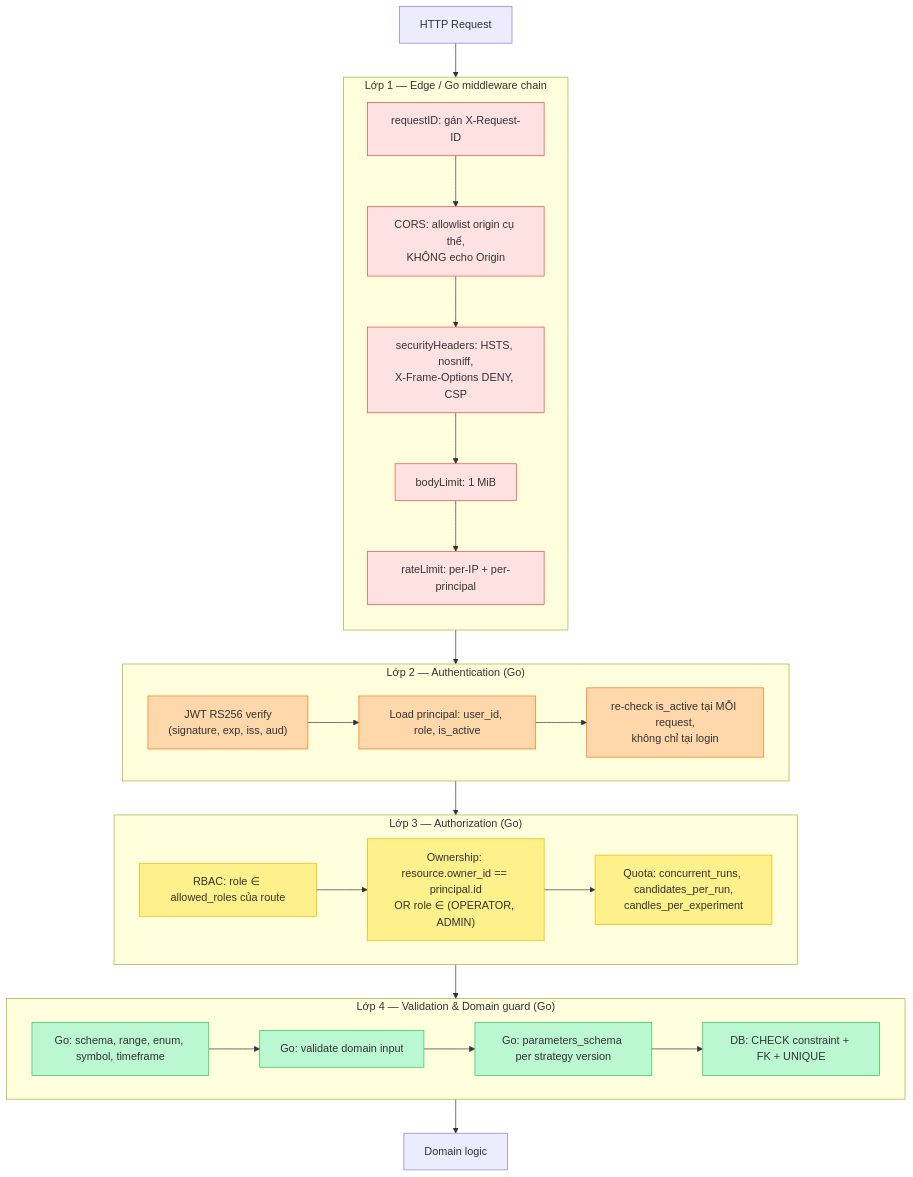
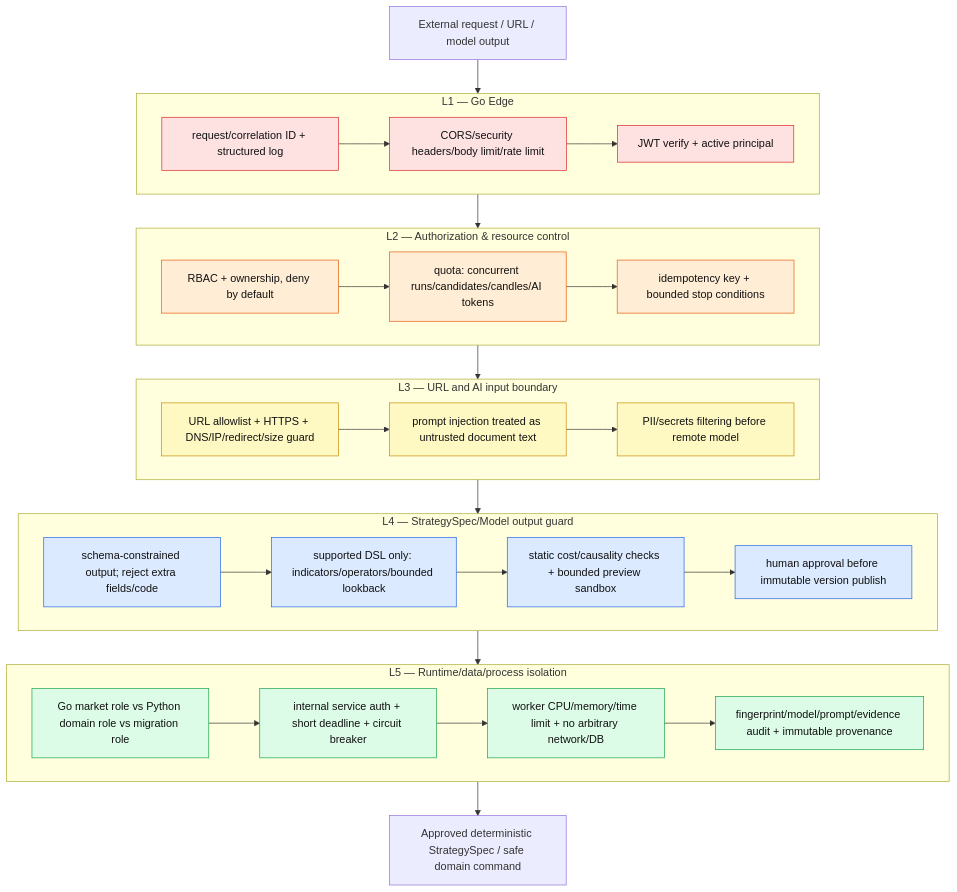
One commit to EnsoTech-Studio/CryptoBot changed the diagram in blueprint/assets/diagrams/14-defense-in-depth.mmd. Above: the diagram before and after it, drawn with Mermaid. The commit also changed 139 other files, not shown here.

```diff
--- a/blueprint/assets/diagrams/14-defense-in-depth.mmd
+++ b/blueprint/assets/diagrams/14-defense-in-depth.mmd
@@ -1,51 +1,56 @@
 flowchart TB
-    REQ["HTTP Request"] --> L1
+    REQ["External request / URL / model output"] --> L1
 
-    subgraph L1["Lớp 1 — Edge / Go middleware chain"]
-        direction TB
-        A1["requestID: gán X-Request-ID"]
-        A2["CORS: allowlist origin cụ thể,<br/>KHÔNG echo Origin"]
-        A3["securityHeaders: HSTS, nosniff,<br/>X-Frame-Options DENY, CSP"]
-        A4["bodyLimit: 1 MiB"]
-        A5["rateLimit: per-IP + per-principal"]
-        A1 --> A2 --> A3 --> A4 --> A5
+    subgraph L1["L1 — Go Edge"]
+        A1["request/correlation ID + structured log"]
+        A2["CORS/security headers/body limit/rate limit"]
+        A3["JWT verify + active principal"]
+        A1 --> A2 --> A3
     end
 
     L1 --> L2
-
-    subgraph L2["Lớp 2 — Authentication (Go)"]
-        B1["JWT RS256 verify<br/>(signature, exp, iss, aud)"]
-        B2["Load principal: user_id, role, is_active"]
-        B3["re-check is_active tại MỖI request,<br/>không chỉ tại login"]
+    subgraph L2["L2 — Authorization & resource control"]
+        B1["RBAC + ownership, deny by default"]
+        B2["quota: concurrent runs/candidates/candles/AI tokens"]
+        B3["idempotency key + bounded stop conditions"]
         B1 --> B2 --> B3
     end
 
     L2 --> L3
-
-    subgraph L3["Lớp 3 — Authorization (Go)"]
-        C1["RBAC: role ∈ allowed_roles của route"]
-        C2["Ownership: resource.owner_id == principal.id<br/>OR role ∈ (OPERATOR, ADMIN)"]
-        C3["Quota: concurrent_runs, candidates_per_run,<br/>candles_per_experiment"]
+    subgraph L3["L3 — URL and AI input boundary"]
+        C1["URL allowlist + HTTPS + DNS/IP/redirect/size guard"]
+        C2["prompt injection treated as untrusted document text"]
+        C3["PII/secrets filtering before remote model"]
         C1 --> C2 --> C3
     end
 
     L3 --> L4
-
-    subgraph L4["Lớp 4 — Validation & Domain guard (Go)"]
-        D1["Go: schema, range, enum, symbol, timeframe"]
-        D2["Go: validate domain input"]
-        D3["Go: parameters_schema per strategy version"]
-        D4["DB: CHECK constraint + FK + UNIQUE"]
+    subgraph L4["L4 — StrategySpec/Model output guard"]
+        D1["schema-constrained output; reject extra fields/code"]
+        D2["supported DSL only: indicators/operators/bounded lookback"]
+        D3["static cost/causality checks + bounded preview sandbox"]
+        D4["human approval before immutable version publish"]
         D1 --> D2 --> D3 --> D4
     end
 
-    L4 --> DOM["Domain logic"]
+    L4 --> L5
+    subgraph L5["L5 — Runtime/data/process isolation"]
+        E1["Go market role vs Python domain role vs migration role"]
+        E2["internal service auth + short deadline + circuit breaker"]
+        E3["worker CPU/memory/time limit + no arbitrary network/DB"]
+        E4["fingerprint/model/prompt/evidence audit + immutable provenance"]
+        E1 --> E2 --> E3 --> E4
+    end
 
-    classDef l1 fill:#fee2e2,stroke:#ef4444
-    classDef l2 fill:#fed7aa,stroke:#f97316
-    classDef l3 fill:#fef08a,stroke:#eab308
-    classDef l4 fill:#bbf7d0,stroke:#22c55e
-    class A1,A2,A3,A4,A5 l1
-    class B1,B2,B3 l2
-    class C1,C2,C3 l3
-    class D1,D2,D3,D4 l4
+    L5 --> SAFE["Approved deterministic StrategySpec / safe domain command"]
+
+    classDef edge fill:#fee2e2,stroke:#dc2626,color:#111
+    classDef auth fill:#ffedd5,stroke:#ea580c,color:#111
+    classDef input fill:#fef9c3,stroke:#ca8a04,color:#111
+    classDef model fill:#dbeafe,stroke:#2563eb,color:#111
+    classDef runtime fill:#dcfce7,stroke:#16a34a,color:#111
+    class A1,A2,A3 edge
+    class B1,B2,B3 auth
+    class C1,C2,C3 input
+    class D1,D2,D3,D4 model
+    class E1,E2,E3,E4 runtime
```
